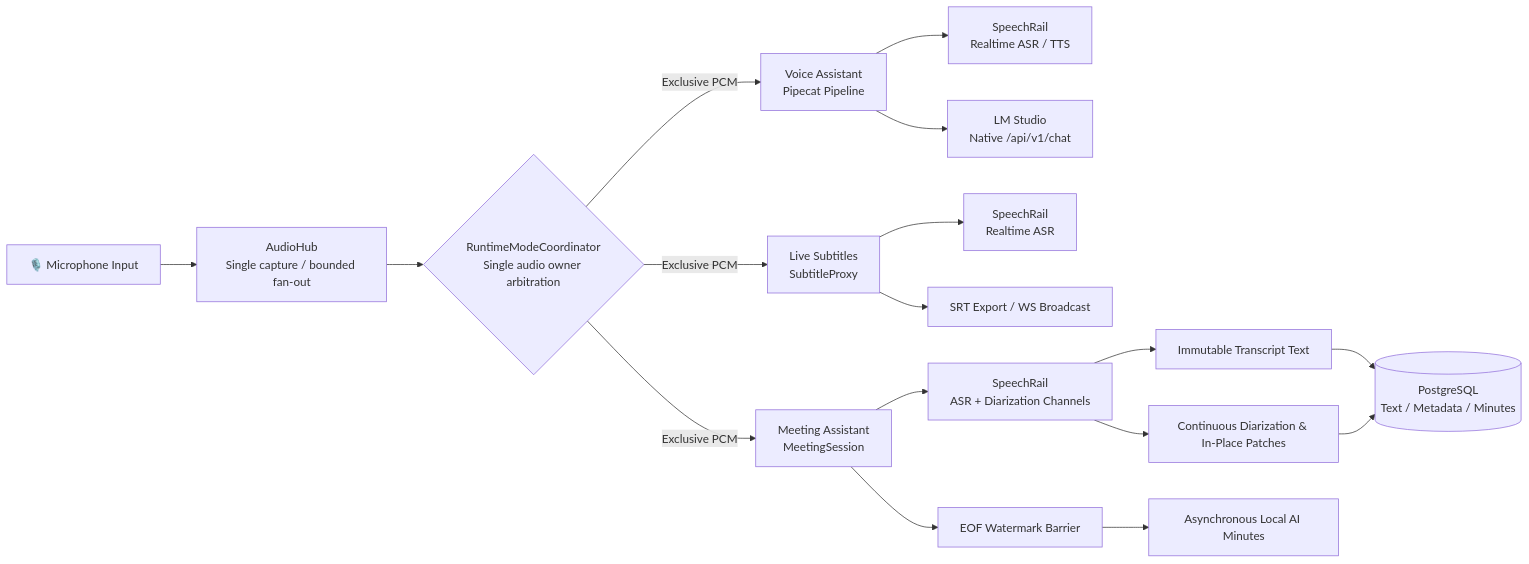
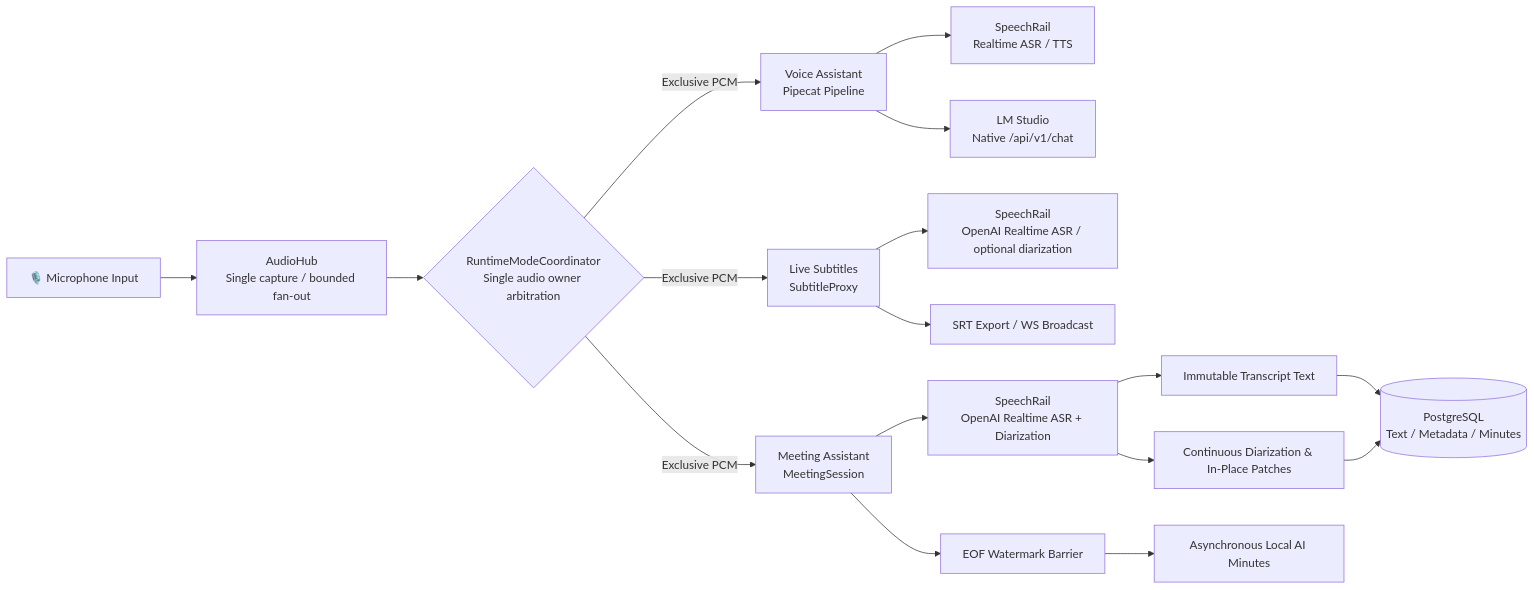
One commit to hrygo/sona changed the diagram in README.en.md. Above: the diagram before and after it, drawn with Mermaid. The commit also changed other lines of this file and 1 other file, not shown here.

Commit message:
docs: 更新 README 对齐 SpeechRail v2

````diff
--- a/README.en.md
+++ b/README.en.md
@@ -69,23 +79,23 @@
 ```mermaid
 flowchart LR
     MIC[🎙️ Microphone Input] --> HUB[AudioHub<br/>Single capture / bounded fan-out]
     HUB --> MODE{RuntimeModeCoordinator<br/>Single audio owner arbitration}
 
     MODE -->|Exclusive PCM| ASSIST[Voice Assistant<br/>Pipecat Pipeline]
     MODE -->|Exclusive PCM| SUB[Live Subtitles<br/>SubtitleProxy]
     MODE -->|Exclusive PCM| MEET[Meeting Assistant<br/>MeetingSession]
 
     ASSIST --> SR1[SpeechRail<br/>Realtime ASR / TTS]
     ASSIST --> LLM1[LM Studio<br/>Native /api/v1/chat]
 
-    SUB --> SR2[SpeechRail<br/>Realtime ASR]
+    SUB --> SR2[SpeechRail<br/>OpenAI Realtime ASR / optional diarization]
     SUB --> SRT[SRT Export / WS Broadcast]
 
-    MEET --> SR3[SpeechRail<br/>ASR + Diarization Channels]
+    MEET --> SR3[SpeechRail<br/>OpenAI Realtime ASR + Diarization]
     SR3 --> TEXT[Immutable Transcript Text]
     SR3 --> SPEAKER[Continuous Diarization & In-Place Patches]
     TEXT --> DB[(PostgreSQL<br/>Text / Metadata / Minutes)]
     SPEAKER --> DB
     MEET --> EOF[EOF Watermark Barrier]
     EOF --> SUMMARY[Asynchronous Local AI Minutes]
 ```
````
